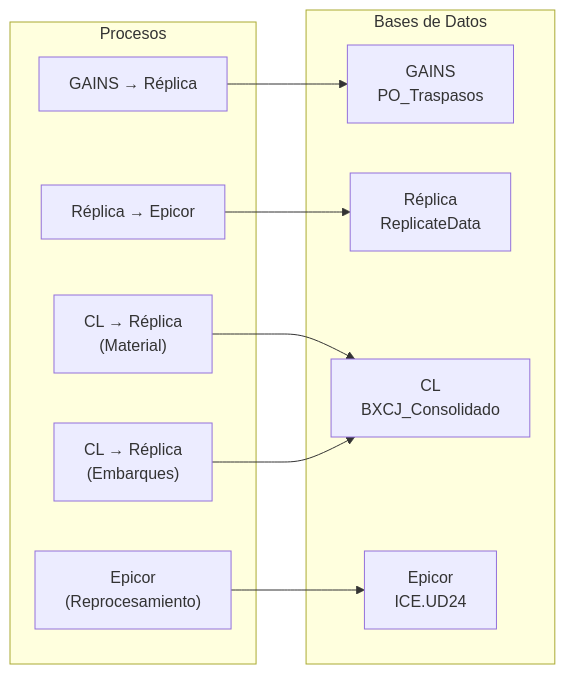
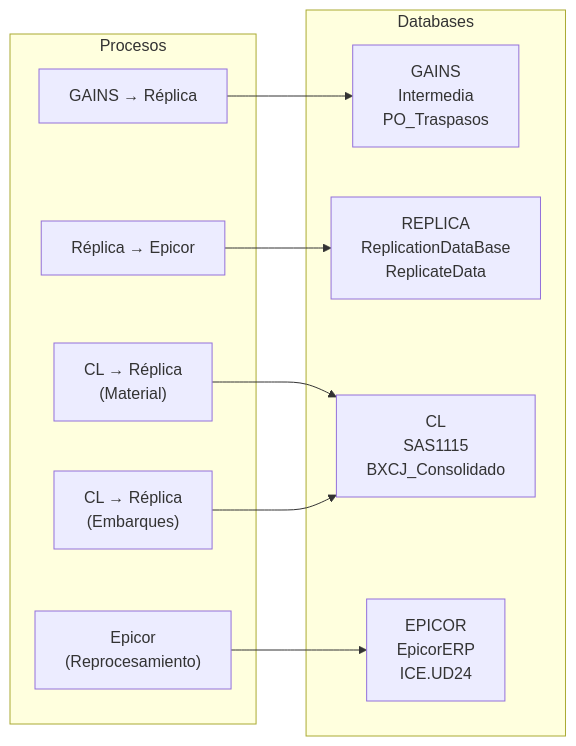
One commit to SopHardware/MonitorCL changed the second of 3 diagrams in README.md. Above: the diagram before and after it, drawn with Mermaid. The commit also changed other lines of this file, not shown here.

Commit message:
README.md actualizado: Session Lifecycle, Resiliencia, KPIs, Alertas, Bases de datos

````diff
--- a/README.md
+++ b/README.md
@@ -87,23 +43,23 @@
 ```mermaid
 flowchart LR
     subgraph Procesos
         G1["GAINS → Réplica"]
         R1["Réplica → Epicor"]
         M1["CL → Réplica<br/>(Material)"]
         E1["Epicor<br/>(Reprocesamiento)"]
         E2["CL → Réplica<br/>(Embarques)"]
     end
     
-    subgraph Bases de Datos
-        DB1["GAINS<br/>PO_Traspasos"]
-        DB2["Réplica<br/>ReplicateData"]
-        DB3["CL<br/>BXCJ_Consolidado"]
-        DB4["Epicor<br/>ICE.UD24"]
+    subgraph Databases
+        DB1["GAINS<br/>Intermedia<br/>PO_Traspasos"]
+        DB2["REPLICA<br/>ReplicationDataBase<br/>ReplicateData"]
+        DB3["CL<br/>SAS1115<br/>BXCJ_Consolidado"]
+        DB4["EPICOR<br/>EpicorERP<br/>ICE.UD24"]
     end
     
     G1 --> DB1
     R1 --> DB2
     M1 --> DB3
     E1 --> DB4
     E2 --> DB3
 ```
````
